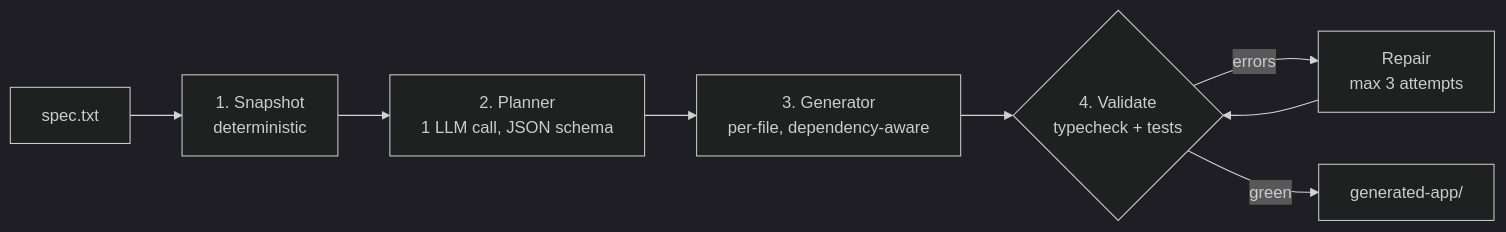
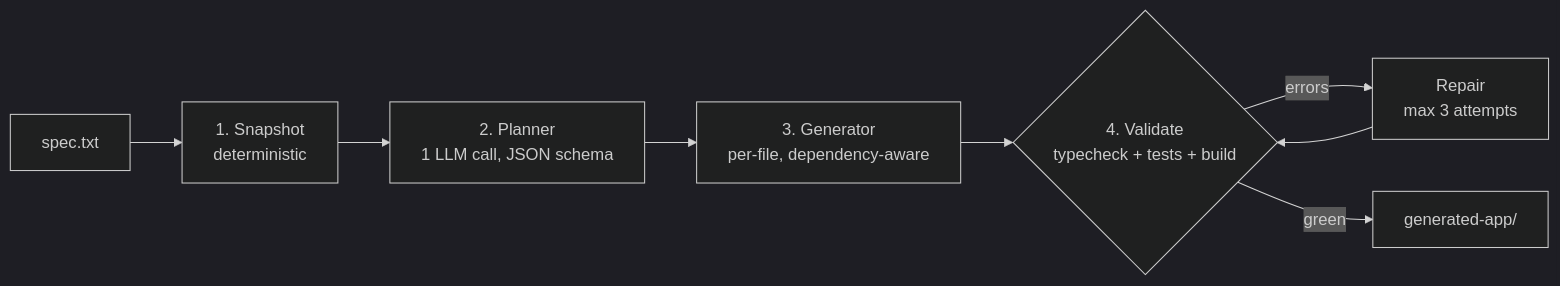
One commit to Americo29/spec-to-app-agent changed the diagram in CLAUDE.md. Above: the diagram before and after it, drawn with Mermaid (dark theme). The commit also changed other lines of this file and 1 other file, not shown here.

````diff
--- a/CLAUDE.md
+++ b/CLAUDE.md
@@ -14,10 +14,10 @@
 ```mermaid
 flowchart LR
     A[spec.txt] --> B[1. Snapshot<br/>deterministic]
     B --> C[2. Planner<br/>1 LLM call, JSON schema]
     C --> D[3. Generator<br/>per-file, dependency-aware]
-    D --> E{4. Validate<br/>typecheck + tests}
+    D --> E{4. Validate<br/>typecheck + tests + build}
     E -->|errors| F[Repair<br/>max 3 attempts]
     F --> E
     E -->|green| G[generated-app/]
 ```
````
